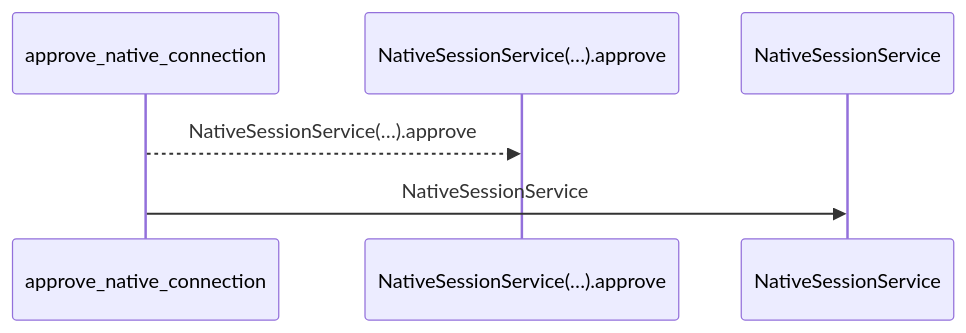
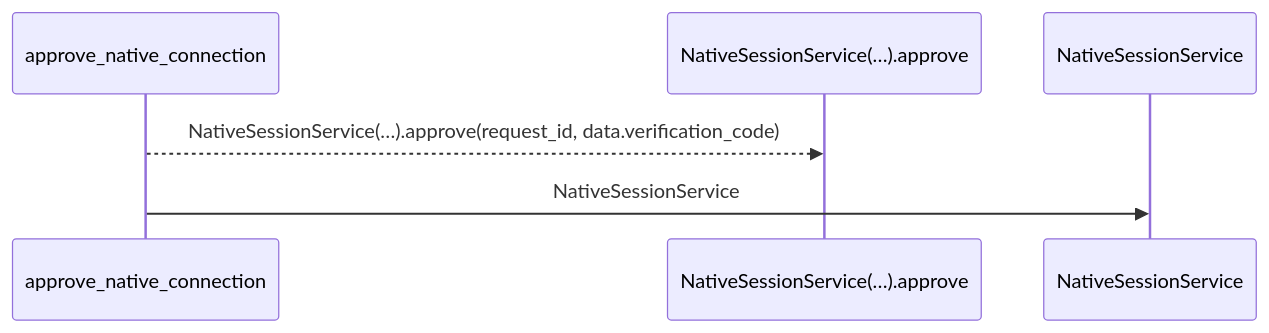
The first of 2 diagrams in docs/llm_wiki/flows/http-approve_native_connection.md (Denissvgn/WorkChord), drawn with Mermaid before and after one commit. The commit also changed other lines of this file and 25171 other files, not shown here.

````diff
--- a/docs/llm_wiki/flows/http-approve_native_connection.md
+++ b/docs/llm_wiki/flows/http-approve_native_connection.md
@@ -10,8 +12,8 @@
 ```mermaid
 sequenceDiagram
     participant p0 as approve_native_connection
     participant p1 as NativeSessionService(…).approve
     participant p2 as NativeSessionService
-    p0-->>p1: NativeSessionService(…).approve
+    p0-->>p1: NativeSessionService(…).approve(request_id, data.verification_code)
     p0->>p2: NativeSessionService
 ```
````
